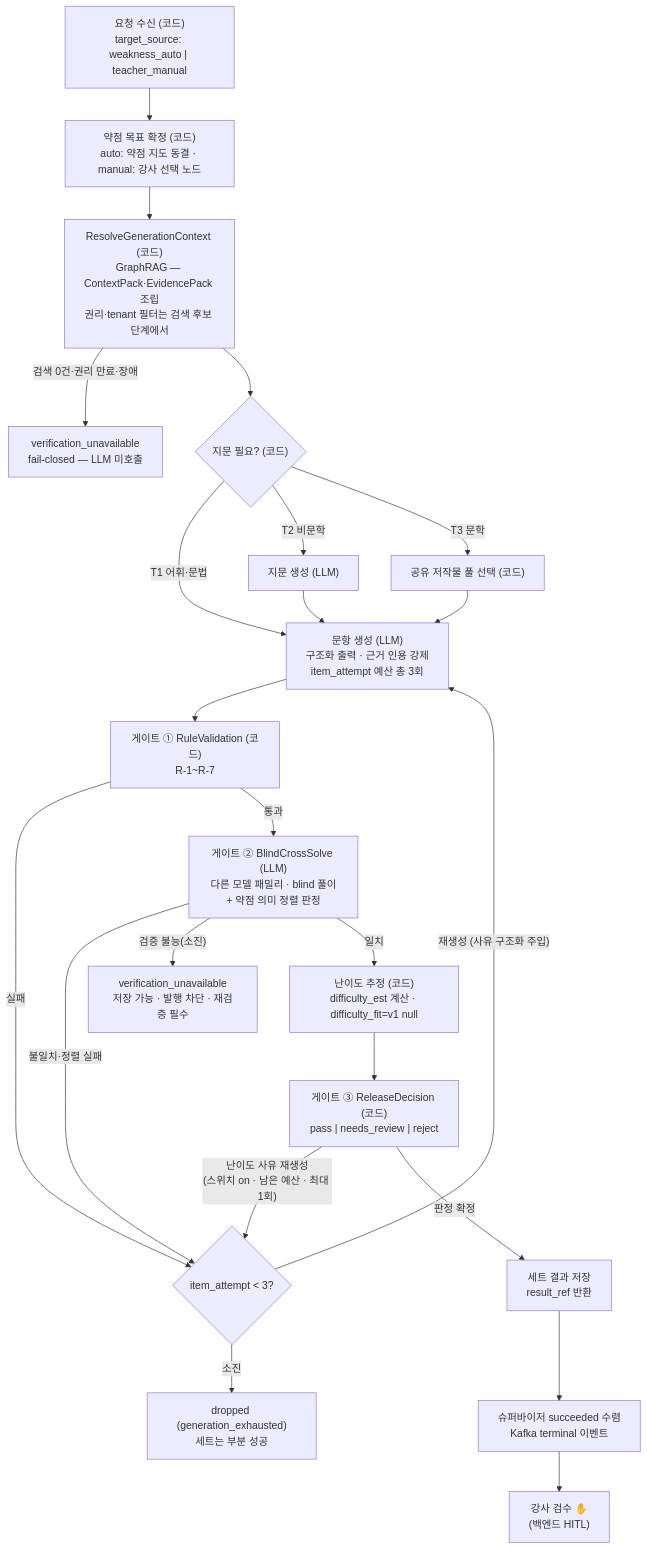
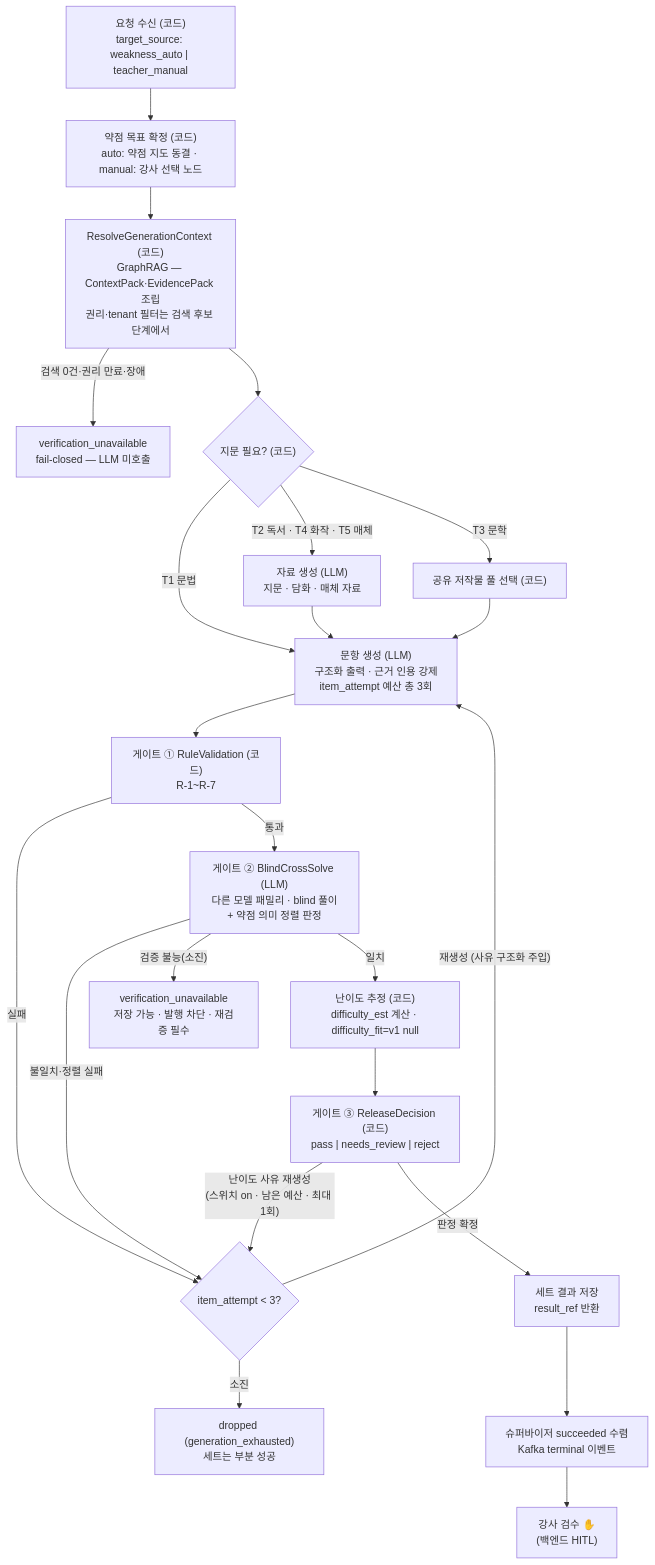
Before and after one commit to MTVS5-CheckOn/CheckOn-AI: the third of 4 diagrams in docs/part_b/01_pipeline.md, drawn with Mermaid. The commit also changed other lines of this file and 4 other files, not shown here.

````diff
--- a/docs/part_b/01_pipeline.md
+++ b/docs/part_b/01_pipeline.md
@@ -67,25 +68,25 @@
 ```mermaid
 flowchart TB
   req["요청 수신 (코드)<br/>target_source: weakness_auto | teacher_manual"] --> wm["약점 목표 확정 (코드)<br/>auto: 약점 지도 동결 · manual: 강사 선택 노드"]
   wm --> ctx["ResolveGenerationContext (코드)<br/>GraphRAG — ContextPack·EvidencePack 조립<br/>권리·tenant 필터는 검색 후보 단계에서"]
   ctx -->|"검색 0건·권리 만료·장애"| unavail["verification_unavailable<br/>fail-closed — LLM 미호출"]
   ctx --> br{"지문 필요? (코드)"}
-  br -->|"T1 어휘·문법"| gen
-  br -->|"T2 비문학"| ps["지문 생성 (LLM)"]
+  br -->|"T1 문법"| gen
+  br -->|"T2 독서 · T4 화작 · T5 매체"| ps["자료 생성 (LLM)<br/>지문 · 담화 · 매체 자료"]
   br -->|"T3 문학"| pool["공유 저작물 풀 선택 (코드)"]
   ps --> gen["문항 생성 (LLM)<br/>구조화 출력 · 근거 인용 강제<br/>item_attempt 예산 총 3회"]
   pool --> gen
   gen --> v1["게이트 ① RuleValidation (코드)<br/>R-1~R-7"]
   v1 -->|"실패"| retry{"item_attempt < 3?"}
   retry -->|"재생성 (사유 구조화 주입)"| gen
   retry -->|"소진"| drop["dropped (generation_exhausted)<br/>세트는 부분 성공"]
   v1 -->|"통과"| v2["게이트 ② BlindCrossSolve (LLM)<br/>다른 모델 패밀리 · blind 풀이<br/>+ 약점 의미 정렬 판정"]
   v2 -->|"불일치·정렬 실패"| retry
   v2 -->|"검증 불능(소진)"| blocked["verification_unavailable<br/>저장 가능 · 발행 차단 · 재검증 필수"]
   v2 -->|"일치"| diff["난이도 추정 (코드)<br/>difficulty_est 계산 · difficulty_fit=v1 null"]
   diff --> v3["게이트 ③ ReleaseDecision (코드)<br/>pass | needs_review | reject"]
   v3 -->|"난이도 사유 재생성<br/>(스위치 on · 남은 예산 · 최대 1회)"| retry
   v3 -->|"판정 확정"| save["세트 결과 저장<br/>result_ref 반환"]
   save --> terminal["슈퍼바이저 succeeded 수렴<br/>Kafka terminal 이벤트"]
   terminal --> hitl["강사 검수 ✋<br/>(백엔드 HITL)"]
 ```
````
